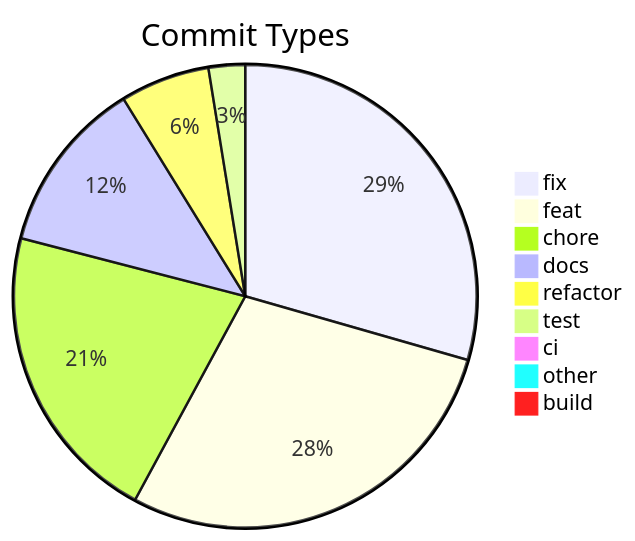
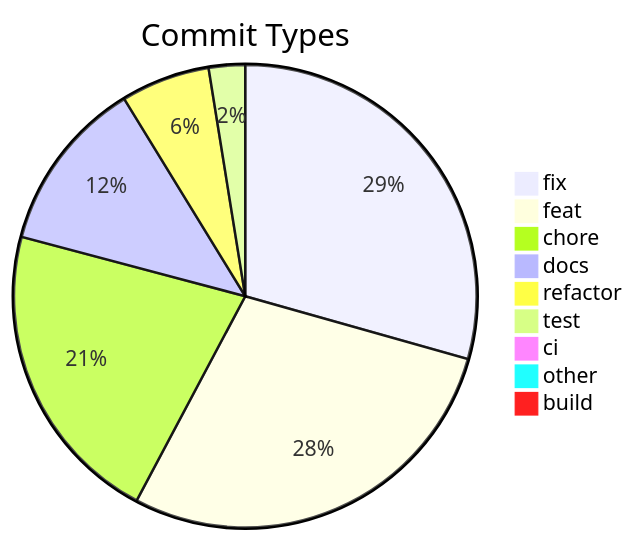
The diagram in .shipwright/compliance/change-history.md (svenroth-ai/shipwright), drawn with Mermaid before and after one commit. The commit also changed other lines of this file and 8 other files, not shown here.

````diff
--- a/.shipwright/compliance/change-history.md
+++ b/.shipwright/compliance/change-history.md
@@ -10,12 +10,12 @@
 ```mermaid
 pie title Commit Types
-    "fix" : 358
-    "feat" : 346
-    "chore" : 257
+    "fix" : 359
+    "feat" : 347
+    "chore" : 261
     "docs" : 148
     "refactor" : 76
     "test" : 31
     "ci" : 11
     "other" : 9
     "build" : 1
 ```
````
